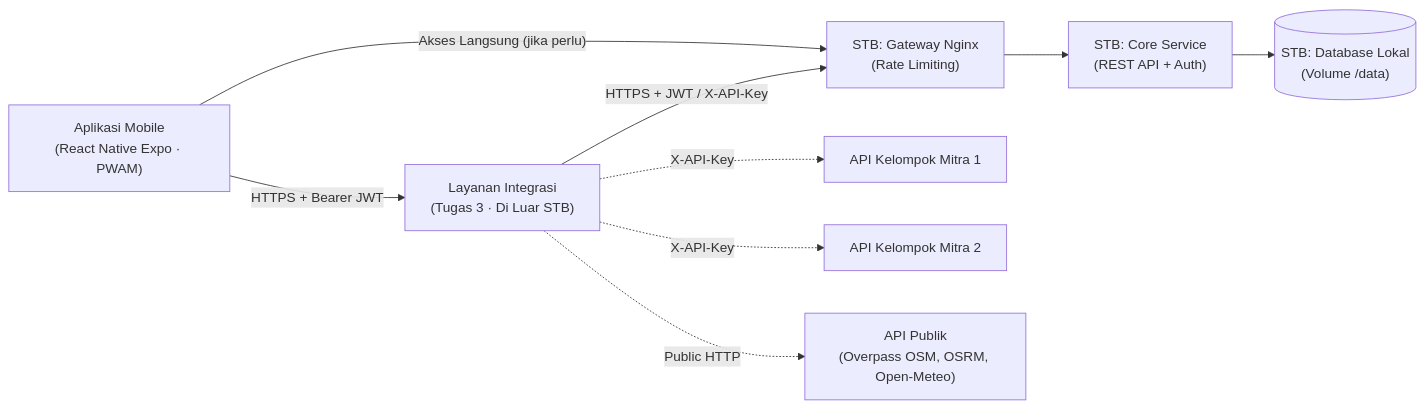
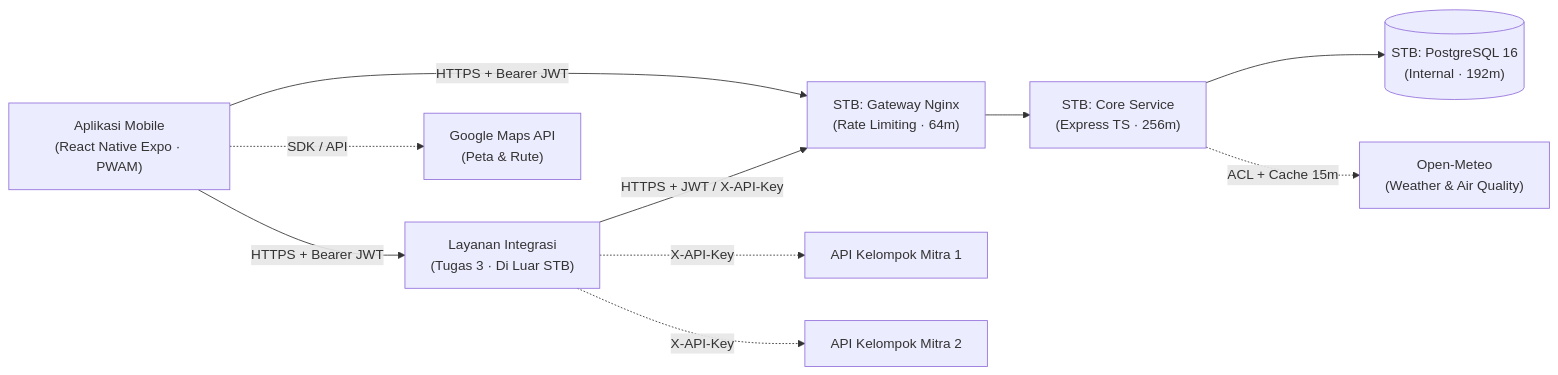
One commit to evantanuri/MaturXiexie changed the diagram in PLAN.md. Above: the diagram before and after it, drawn with Mermaid. The commit also changed other lines of this file and 3 other files, not shown here.

````diff
--- a/PLAN.md
+++ b/PLAN.md
@@ -27,11 +27,12 @@
 ```mermaid
 flowchart LR
     Mobile["Aplikasi Mobile\n(React Native Expo · PWAM)"] -->|"HTTPS + Bearer JWT"| Int["Layanan Integrasi\n(Tugas 3 · Di Luar STB)"]
-    Mobile -->|"Akses Langsung (jika perlu)"| GW
-    Int -->|"HTTPS + JWT / X-API-Key"| GW["STB: Gateway Nginx\n(Rate Limiting)"]
-    GW --> Core["STB: Core Service\n(REST API + Auth)"]
-    Core --> DB[("STB: Database Lokal\n(Volume /data)")]
+    Mobile -->|"HTTPS + Bearer JWT"| GW
+    Int -->|"HTTPS + JWT / X-API-Key"| GW["STB: Gateway Nginx\n(Rate Limiting · 64m)"]
+    GW --> Core["STB: Core Service\n(Express TS · 256m)"]
+    Core --> DB[("STB: PostgreSQL 16\n(Internal · 192m)")]
+    Core -.->|"ACL + Cache 15m"| Meteo["Open-Meteo\n(Weather & Air Quality)"]
     Int -.->|"X-API-Key"| Mitra1["API Kelompok Mitra 1"]
     Int -.->|"X-API-Key"| Mitra2["API Kelompok Mitra 2"]
-    Int -.->|"Public HTTP"| Pub["API Publik\n(Overpass OSM, OSRM, Open-Meteo)"]
+    Mobile -.->|"SDK / API"| GMaps["Google Maps API\n(Peta & Rute)"]
 ```
````
